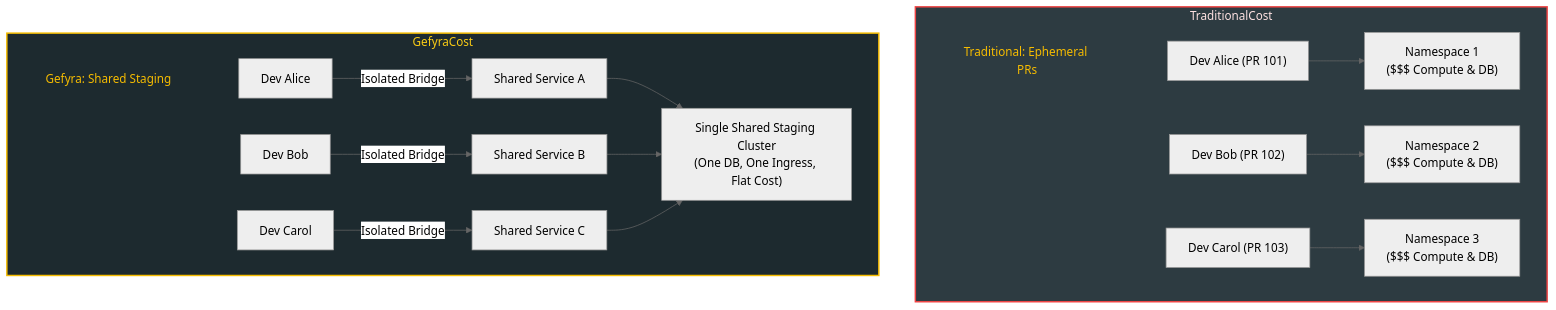
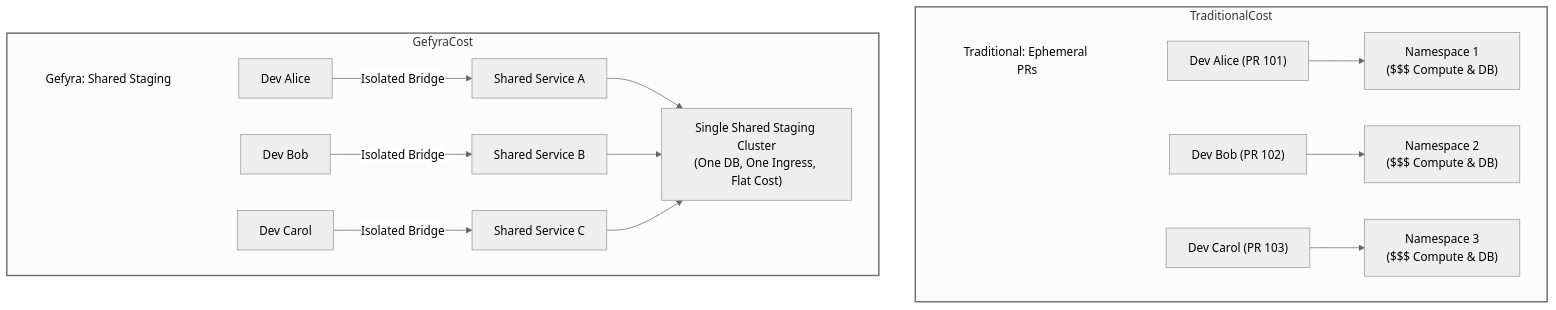
One commit to gefyrahq/gefyra changed the diagram in gefyra-docs/content/en/4.team-and-enterprise/3.ci-cost-reduction.md. Above: the diagram before and after it, drawn with Mermaid (neutral theme). The commit also changed 12 other files, not shown here.

Commit message:
feat(#MARKETING-1226): update theme and styling for Mermaid diagrams across documentation

````diff
--- a/gefyra-docs/content/en/4.team-and-enterprise/3.ci-cost-reduction.md
+++ b/gefyra-docs/content/en/4.team-and-enterprise/3.ci-cost-reduction.md
@@ -19,26 +19,26 @@
 ```mermaid
 flowchart TD
     subgraph TraditionalCost
         direction LR
         TradTitle[["Traditional: Ephemeral PRs"]] ~~~ Dev1["Dev Alice (PR 101)"]
         Dev1 --> Cloud1["Namespace 1<br/>($$$ Compute & DB)"]
         Dev2["Dev Bob (PR 102)"] --> Cloud2["Namespace 2<br/>($$$ Compute & DB)"]
         Dev3["Dev Carol (PR 103)"] --> Cloud3["Namespace 3<br/>($$$ Compute & DB)"]
     end
 
     subgraph GefyraCost
         direction LR
         GefyraTitle[["Gefyra: Shared Staging"]] ~~~ DevA["Dev Alice"]
         DevA -->|Isolated Bridge| S1["Shared Service A"]
         DevB["Dev Bob"] -->|Isolated Bridge| S2["Shared Service B"]
         DevC["Dev Carol"] -->|Isolated Bridge| S3["Shared Service C"]
         S1 & S2 & S3 --> StagingCluster["Single Shared Staging Cluster<br/>(One DB, One Ingress, Flat Cost)"]
     end
 
-    classDef groupTitle fill:transparent,stroke:none,color:#f6bc00;
-    classDef trad fill:#2d3b41,stroke:#ef4444,stroke-width:2px,color:#fee2e2;
-    classDef gefyra fill:#1d2a2f,stroke:#f6bc00,stroke-width:2px,color:#facc15;
+    classDef groupTitle fill:transparent,stroke:none;
+    classDef trad stroke-width:2px;
+    classDef gefyra stroke-width:2px;
     class TradTitle,GefyraTitle groupTitle;
     class TraditionalCost trad;
     class GefyraCost gefyra;
 ```
````
